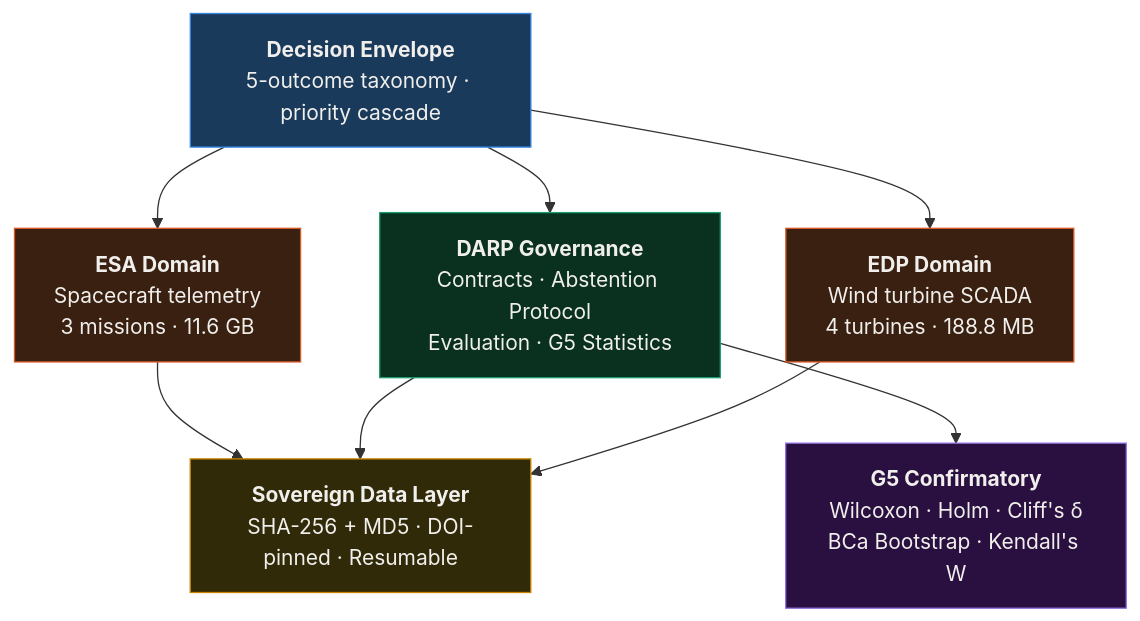
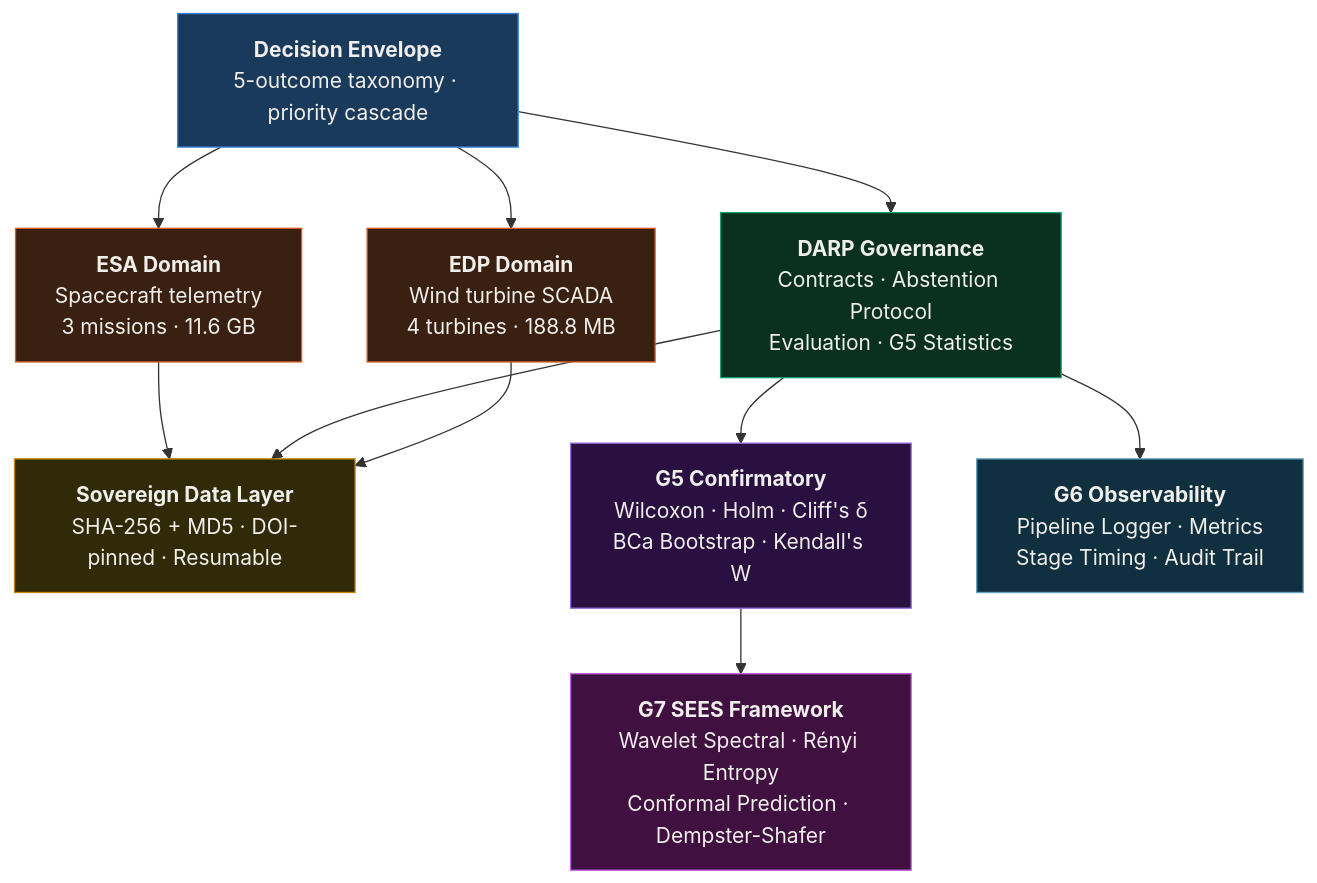
Before and after one commit to rolffcoelho-bravo/SOVEREIGN-OPS-2.0: the diagram in README.md, drawn with Mermaid. The commit also changed other lines of this file, not shown here.

First line of the commit message:
docs: update README for G6+G7 completion — SEES framework, 499 tests

````diff
--- a/README.md
+++ b/README.md
@@ -63,20 +117,26 @@
 ```mermaid
 graph TB
     DE["<b>Decision Envelope</b><br/>5-outcome taxonomy · priority cascade"]
     ESA["<b>ESA Domain</b><br/>Spacecraft telemetry<br/>3 missions · 11.6 GB"]
     GOV["<b>DARP Governance</b><br/>Contracts · Abstention Protocol<br/>Evaluation · G5 Statistics"]
     EDP["<b>EDP Domain</b><br/>Wind turbine SCADA<br/>4 turbines · 188.8 MB"]
     SDL["<b>Sovereign Data Layer</b><br/>SHA-256 + MD5 · DOI-pinned · Resumable"]
     G5["<b>G5 Confirmatory</b><br/>Wilcoxon · Holm · Cliff's δ<br/>BCa Bootstrap · Kendall's W"]
+    SEES["<b>G7 SEES Framework</b><br/>Wavelet Spectral · Rényi Entropy<br/>Conformal Prediction · Dempster-Shafer"]
+    OBS["<b>G6 Observability</b><br/>Pipeline Logger · Metrics<br/>Stage Timing · Audit Trail"]
 
     DE --> ESA & GOV & EDP
     ESA & GOV & EDP --> SDL
     GOV --> G5
+    G5 --> SEES
+    GOV --> OBS
 
     style DE fill:#1a3a5c,stroke:#3987e5,color:#f0efec
     style ESA fill:#3a2010,stroke:#d95926,color:#f0efec
     style GOV fill:#0a3020,stroke:#199e70,color:#f0efec
     style EDP fill:#3a2010,stroke:#d95926,color:#f0efec
     style SDL fill:#302a08,stroke:#c98500,color:#f0efec
     style G5 fill:#2a1040,stroke:#9070e0,color:#f0efec
+    style SEES fill:#401040,stroke:#c060e0,color:#f0efec
+    style OBS fill:#103040,stroke:#60a0c0,color:#f0efec
 ```
````
